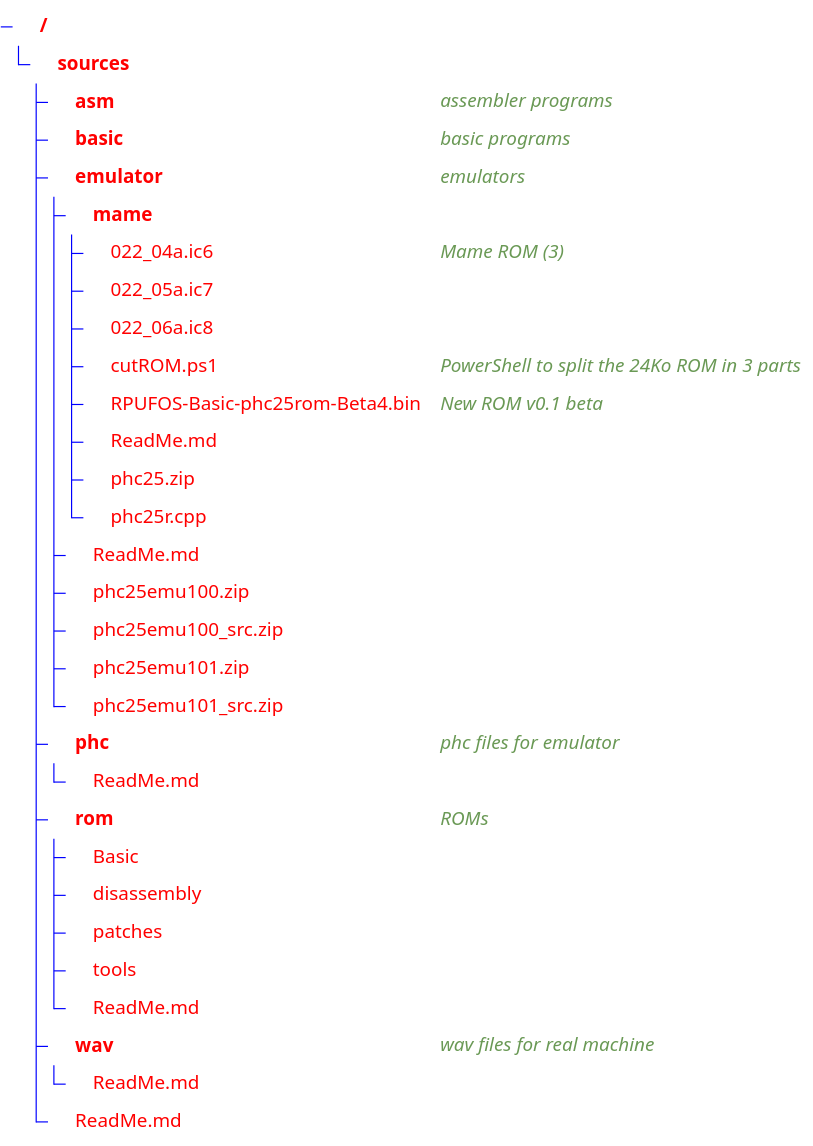
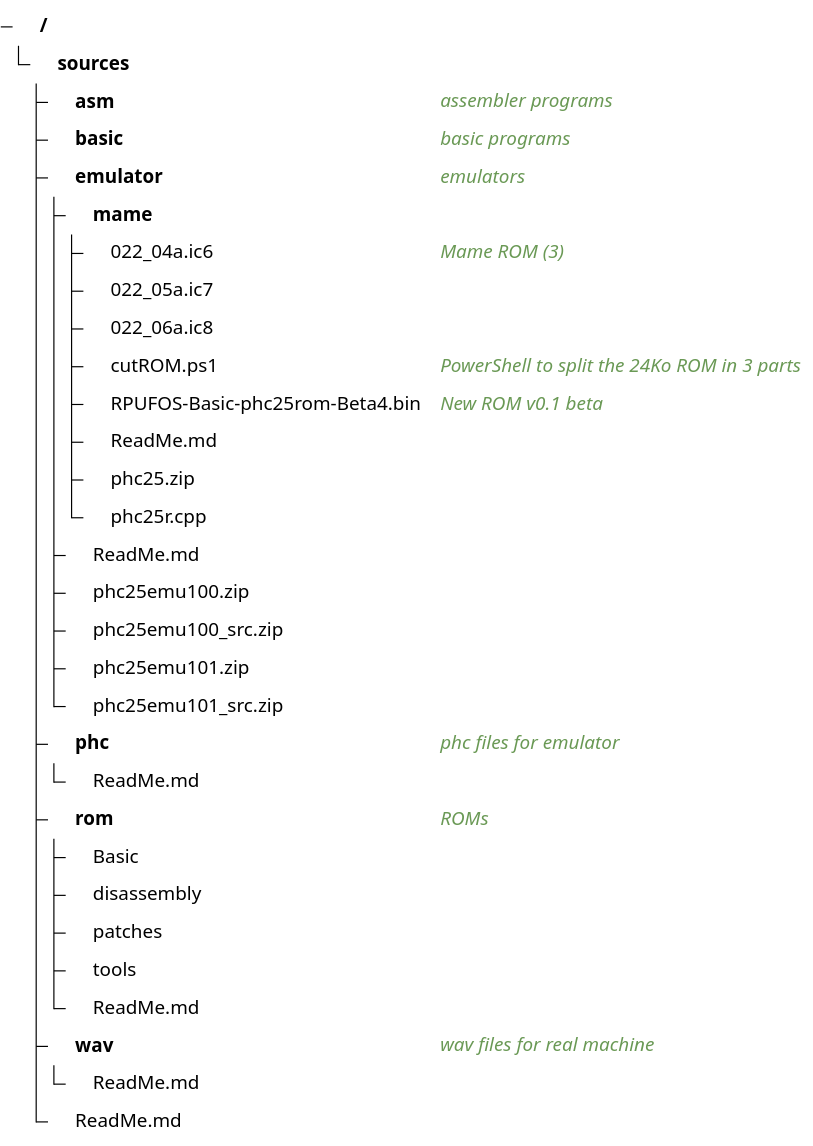
Before and after one commit to VFD/SanyoPHC25: the diagram in library/sources/ReadMe.md, drawn with Mermaid.

````diff
--- a/library/sources/ReadMe.md
+++ b/library/sources/ReadMe.md
@@ -14,43 +14,43 @@
 ```mermaid
 ---
 config:
   treeView:
     showIcons: true
   themeVariables:
       treeView:
-          labelColor: '#FF0000'
-          lineColor: '#0000FF'
+      labelColor: '#D55E00'   # vermillion: readable on white and black
+      lineColor: '#0072B2'    # blue: distinct from the label for all common color blindness types
 ---
 
 treeView-beta
 
 sources/
   asm/         ## assembler programs
   basic/       ## basic programs
   emulator/    ## emulators
     mame/
       022_04a.ic6         ## Mame ROM (3)
       022_05a.ic7
       022_06a.ic8
       cutROM.ps1          ## PowerShell to split the 24Ko ROM in 3 parts
       RPUFOS-Basic-phc25rom-Beta4.bin    ## New ROM v0.1 beta
       ReadMe.md
       phc25.zip
       phc25r.cpp
     ReadMe.md
     phc25emu100.zip
     phc25emu100_src.zip
     phc25emu101.zip
     phc25emu101_src.zip
   phc/         ## phc files for emulator
     ReadMe.md
   rom/         ## ROMs
     Basic
     disassembly
     patches
     tools
     ReadMe.md
   wav/         ## wav files for real machine
     ReadMe.md
   ReadMe.md
 ```
````
